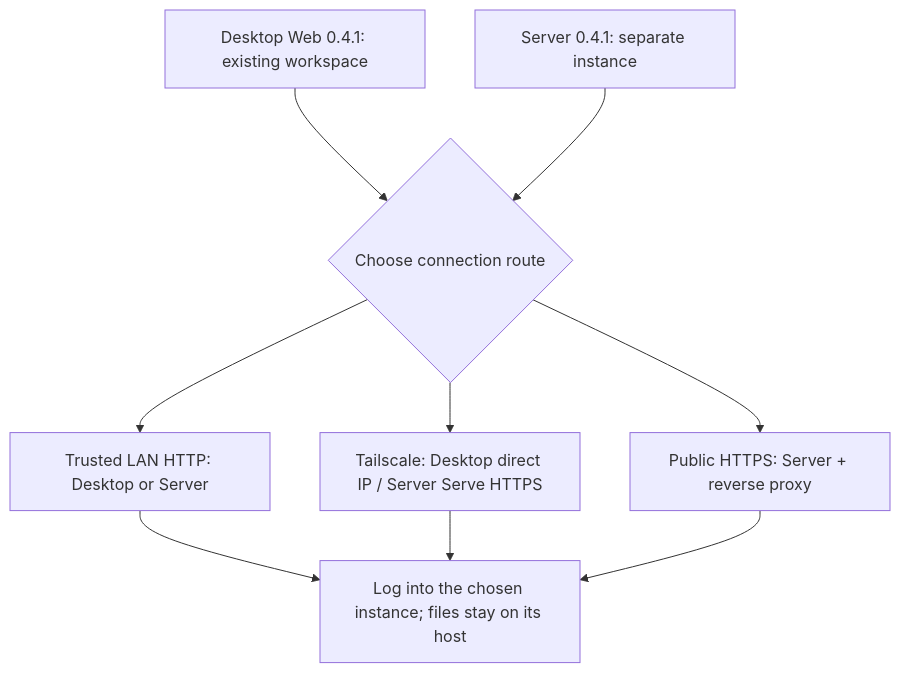
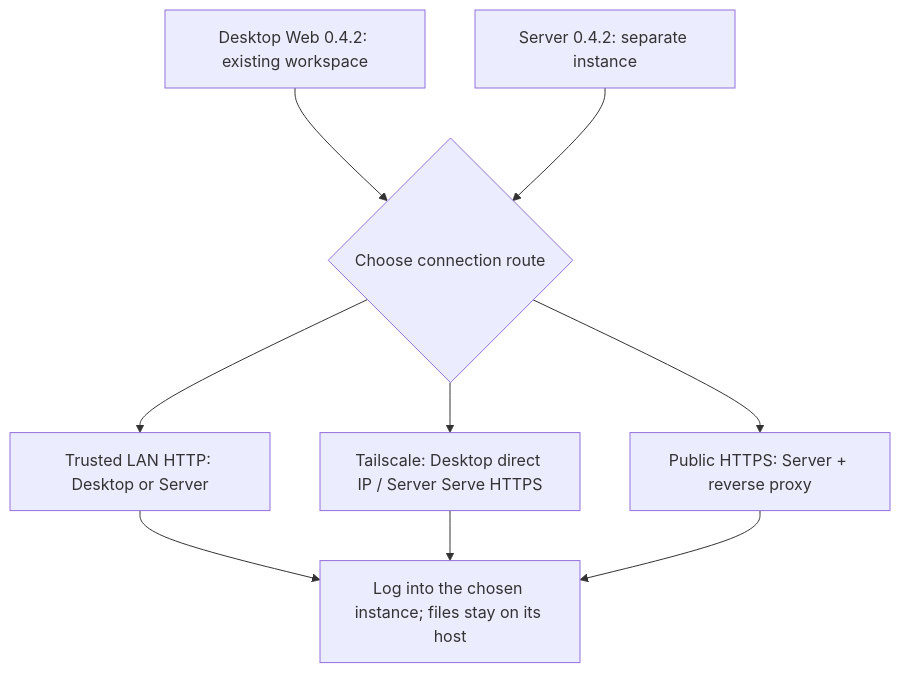
The diagram in website/site/public/assets/diagrams/deployment-choice-en.mmd (1443205008/rovai-ai), drawn with Mermaid before and after one commit. The commit also changed 11 other files, not shown here.

```diff
--- a/website/site/public/assets/diagrams/deployment-choice-en.mmd
+++ b/website/site/public/assets/diagrams/deployment-choice-en.mmd
@@ -1,12 +1,12 @@
 flowchart TB
-  desktop["Desktop Web 0.4.1: existing workspace"]
-  server["Server 0.4.1: separate instance"]
+  desktop["Desktop Web 0.4.2: existing workspace"]
+  server["Server 0.4.2: separate instance"]
   choice{"Choose connection route"}
   desktop --> choice
   server --> choice
   choice --> lan["Trusted LAN HTTP: Desktop or Server"]
   choice --> ts["Tailscale: Desktop direct IP / Server Serve HTTPS"]
   choice --> public["Public HTTPS: Server + reverse proxy"]
   lan --> login["Log into the chosen instance; files stay on its host"]
   ts --> login
   public --> login
```
